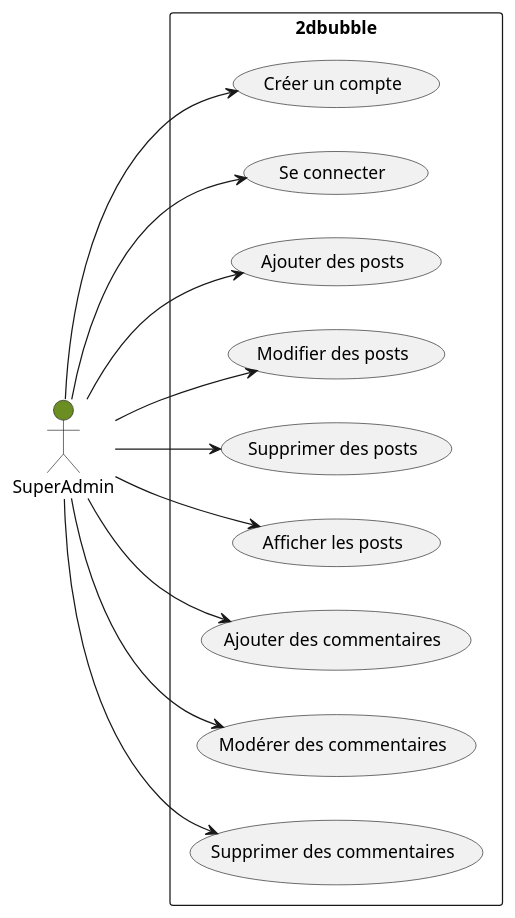
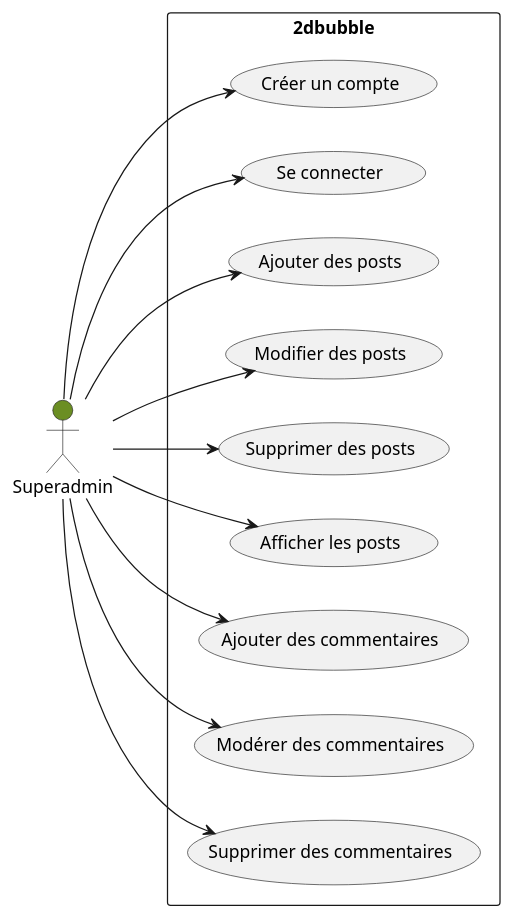
One commit to laurasullyalexandrine/the2dbubbles changed the diagram in diagrammes-uml/UserCase/UserSuperAdmin.puml. Above: the diagram before and after it, drawn with PlantUML. The commit also changed 15 other files, not shown here.

```diff
--- a/diagrammes-uml/UserCase/UserSuperAdmin.puml
+++ b/diagrammes-uml/UserCase/UserSuperAdmin.puml
@@ -2,29 +2,29 @@
-@startuml SuperAdmin
+@startuml Superadmin
 
 left to right direction
 
-actor "SuperAdmin" as SuperAdmin #OliveDrab
+actor "Superadmin" as Superadmin #OliveDrab
 
 rectangle 2dbubble{
   usecase "Créer un compte" as UC1
   usecase "Se connecter" as UC2
   usecase "Ajouter des posts" as UC3
   usecase "Modifier des posts" as UC4
   usecase "Supprimer des posts" as UC5
   usecase "Afficher les posts" as UC6
   usecase "Ajouter des commentaires" as UC7
   usecase "Modérer des commentaires" as UC8
   usecase "Supprimer des commentaires" as UC9
 }
 
-SuperAdmin --> UC1
-SuperAdmin --> UC2
-SuperAdmin --> UC3
-SuperAdmin --> UC4
-SuperAdmin --> UC5
-SuperAdmin --> UC6
-SuperAdmin --> UC7
-SuperAdmin --> UC8
-SuperAdmin --> UC9
+Superadmin --> UC1
+Superadmin --> UC2
+Superadmin --> UC3
+Superadmin --> UC4
+Superadmin --> UC5
+Superadmin --> UC6
+Superadmin --> UC7
+Superadmin --> UC8
+Superadmin --> UC9
 
 @enduml
```
